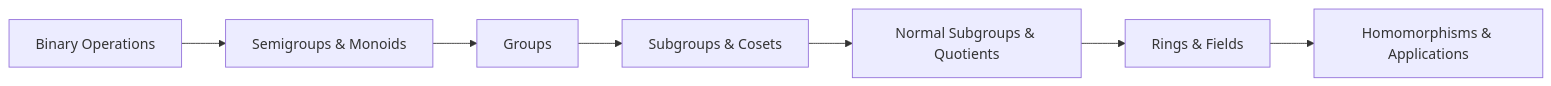
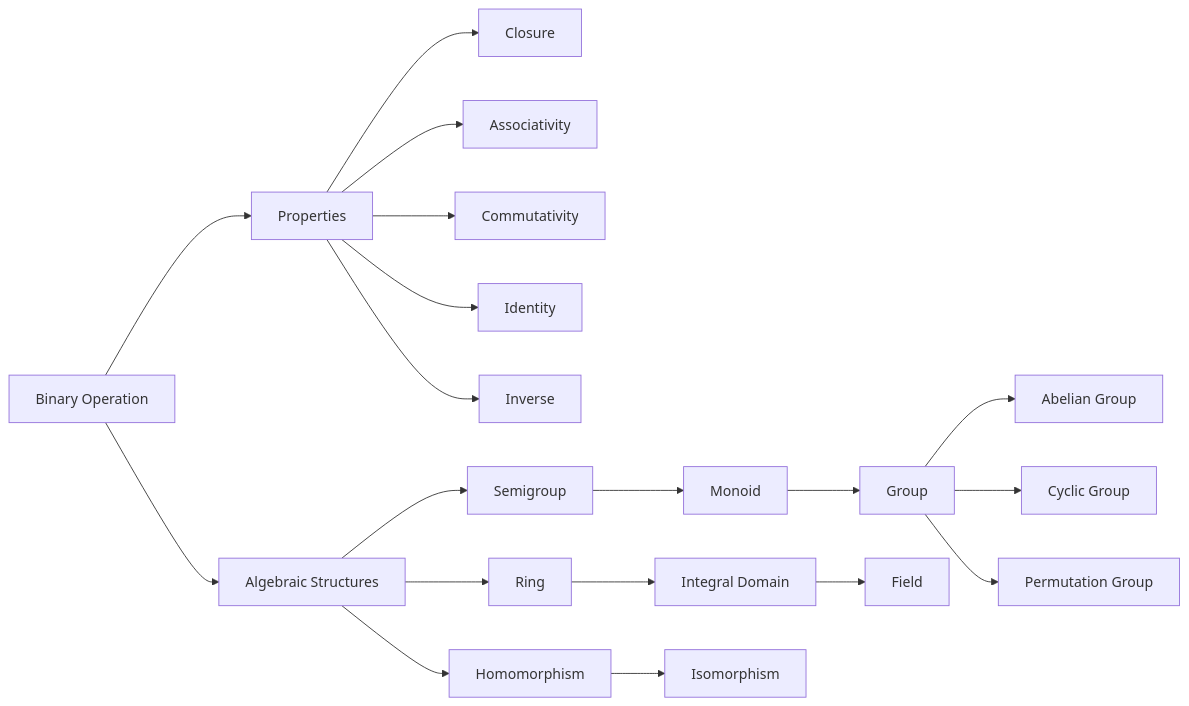
One commit to Raushan666java/ai-engineering-journey changed the diagram in docs/courses/discrete-mathematics/11-algebra.md. Above: the diagram before and after it, drawn with Mermaid. The commit also changed other lines of this file and 62 other files, not shown here.

````diff
--- a/docs/courses/discrete-mathematics/11-algebra.md
+++ b/docs/courses/discrete-mathematics/11-algebra.md
@@ -32,9 +31,21 @@
 ```mermaid
 flowchart LR
-    A[Binary Operations] --> B[Semigroups & Monoids]
-    B --> C[Groups]
-    C --> D[Subgroups & Cosets]
-    D --> E[Normal Subgroups & Quotients]
-    E --> F[Rings & Fields]
-    F --> G[Homomorphisms & Applications]
+    A[Binary Operation] --> B[Properties]
+    B --> C[Closure]
+    B --> D[Associativity]
+    B --> E[Commutativity]
+    B --> F[Identity]
+    B --> G[Inverse]
+    A --> H[Algebraic Structures]
+    H --> I[Semigroup]
+    I --> J[Monoid]
+    J --> K[Group]
+    K --> L[Abelian Group]
+    K --> M[Cyclic Group]
+    K --> N[Permutation Group]
+    H --> O[Ring]
+    O --> P[Integral Domain]
+    P --> Q[Field]
+    H --> R[Homomorphism]
+    R --> S[Isomorphism]
 ```
````
